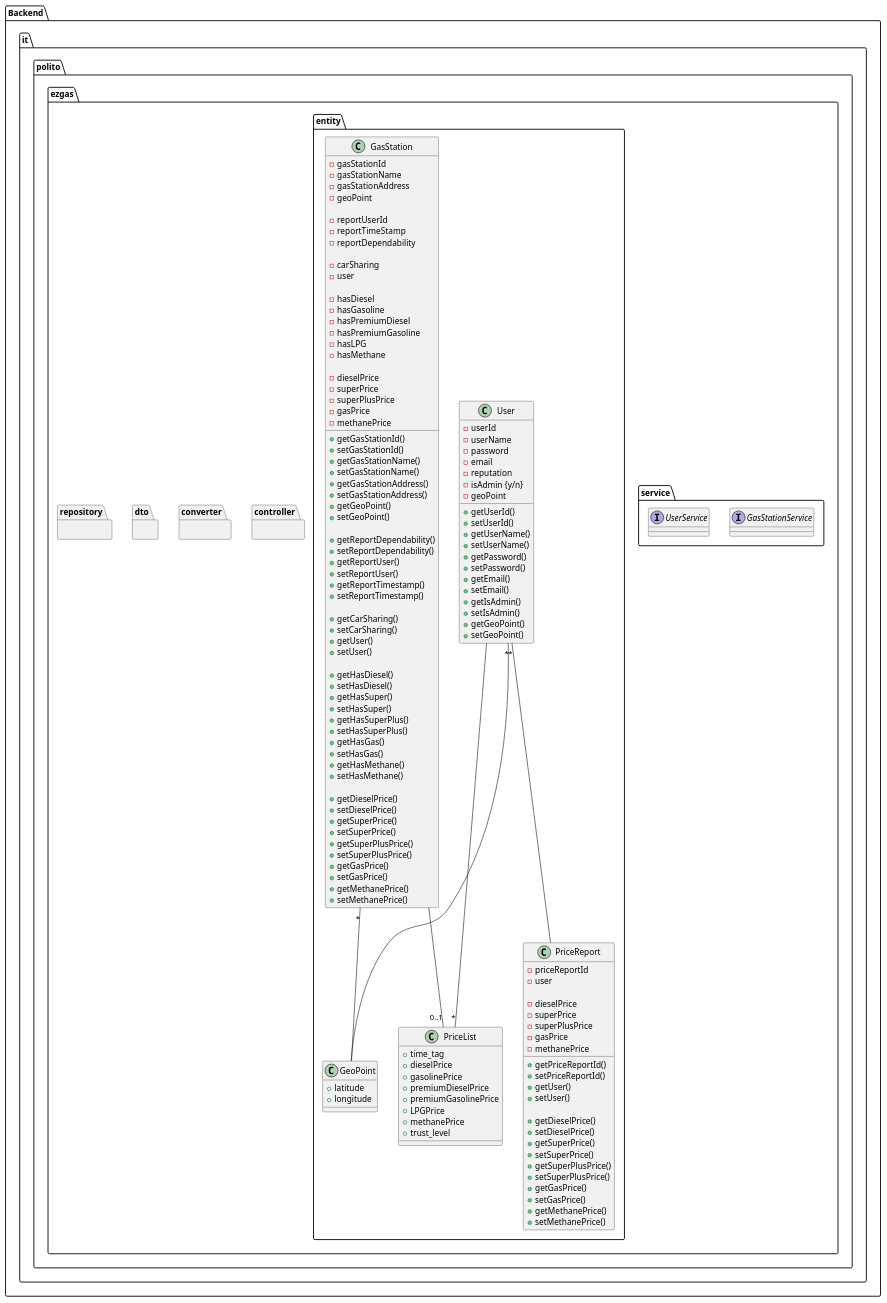
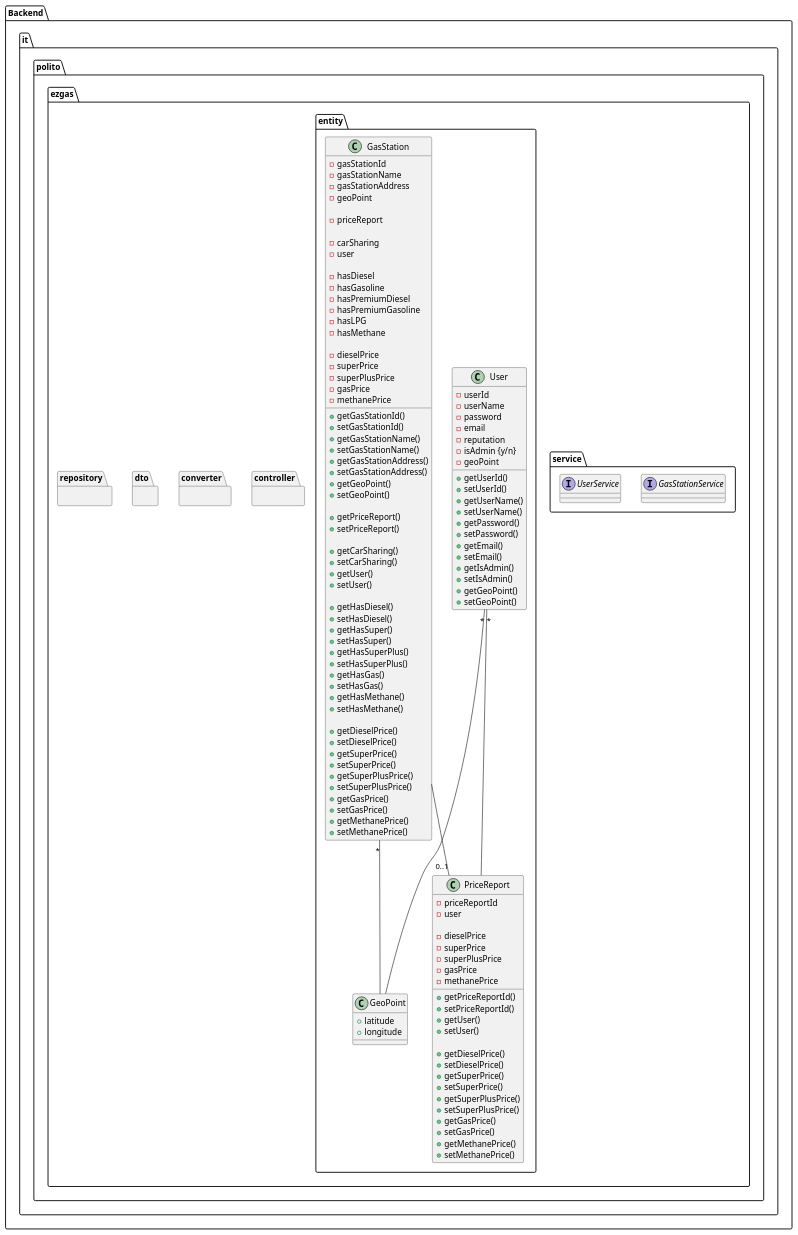
One commit to e-caste/SoftEng-EZGas changed the fourth of 4 diagrams in docs/DesignDocument.md. Above: the diagram before and after it, drawn with PlantUML.

Commit message:
remove PriceList class

```diff
--- a/docs/DesignDocument.md
+++ b/docs/DesignDocument.md
@@ -271,9 +271,7 @@
          - gasStationAddress
          - geoPoint
 
-         - reportUserId
-         - reportTimeStamp
-         - reportDependability
+         - priceReport
 
          - carSharing
          - user
@@ -300,12 +298,8 @@
             + getGeoPoint()
             + setGeoPoint()
 
-            + getReportDependability()
-            + setReportDependability()
-            + getReportUser()
-            + setReportUser()
-            + getReportTimestamp()
-            + setReportTimestamp()
+            + getPriceReport()
+            + setPriceReport()
 
             + getCarSharing()
             + setCarSharing()
@@ -366,19 +360,7 @@
             + setMethanePrice()
         }
 
-        class PriceList {
-         + time_tag
-         + dieselPrice
-         + gasolinePrice
-         + premiumDieselPrice
-         + premiumGasolinePrice
-         + LPGPrice
-         + methanePrice
-         + trust_level
-        }
-
-        GasStation  -- "0..1" PriceList
-        User -- "*" PriceList
+        GasStation  -- "0..1" PriceReport
         User "*" -- GeoPoint
         GasStation "*" -- GeoPoint
         User "*" -- PriceReport
```
